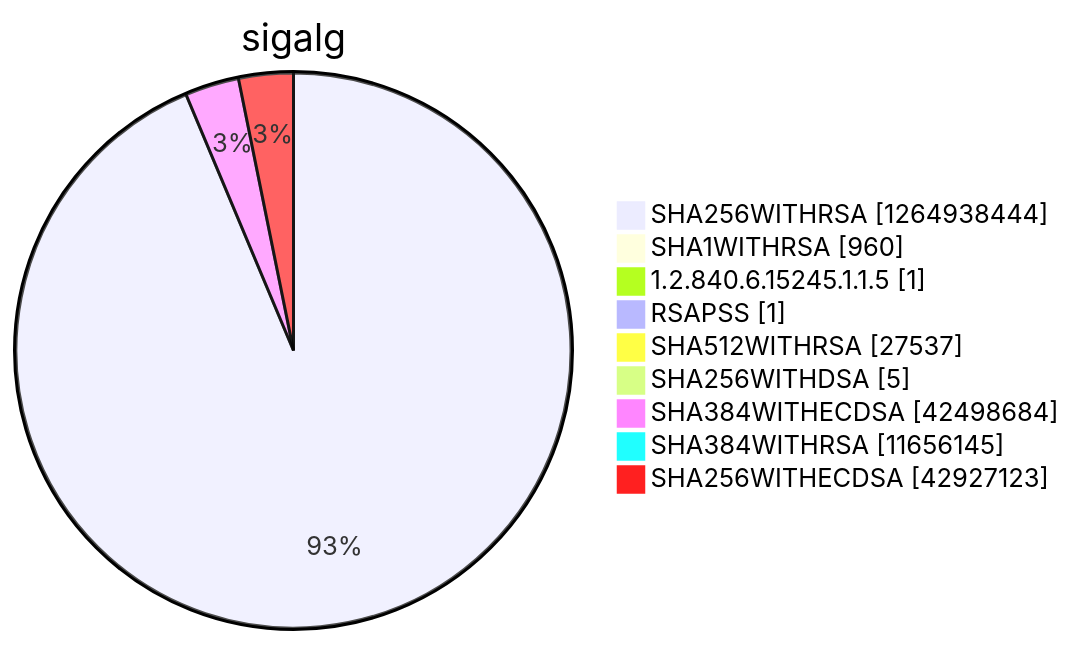
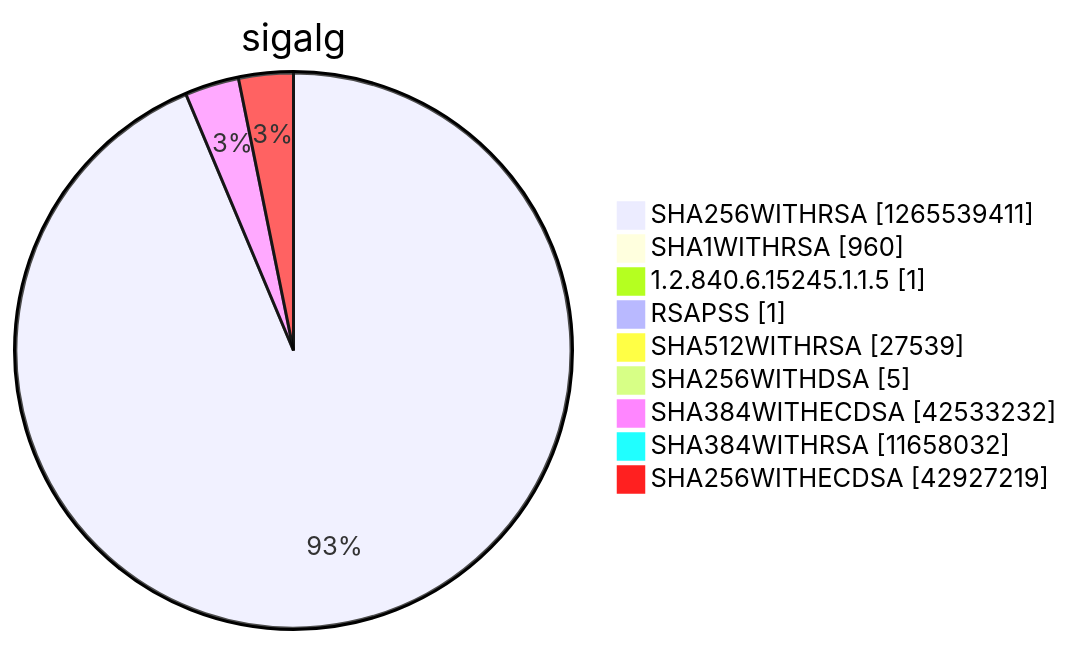
Diagram 15 of 15 in argon2022/README.md (christiankrug/ctmonitor_visualization), drawn with Mermaid before and after one commit. The commit also changed other lines of this file, not shown here.

````diff
--- a/argon2022/README.md
+++ b/argon2022/README.md
@@ -5522,13 +5522,13 @@
 ```mermaid
 pie showData
 title sigalg
-"SHA256WITHRSA" :1264938444
+"SHA256WITHRSA" :1265539411
 "SHA1WITHRSA" :960
 "1.2.840.6.15245.1.1.5" :1
 "RSAPSS" :1
-"SHA512WITHRSA" :27537
+"SHA512WITHRSA" :27539
 "SHA256WITHDSA" :5
-"SHA384WITHECDSA" :42498684
-"SHA384WITHRSA" :11656145
-"SHA256WITHECDSA" :42927123
+"SHA384WITHECDSA" :42533232
+"SHA384WITHRSA" :11658032
+"SHA256WITHECDSA" :42927219
 ```
````
